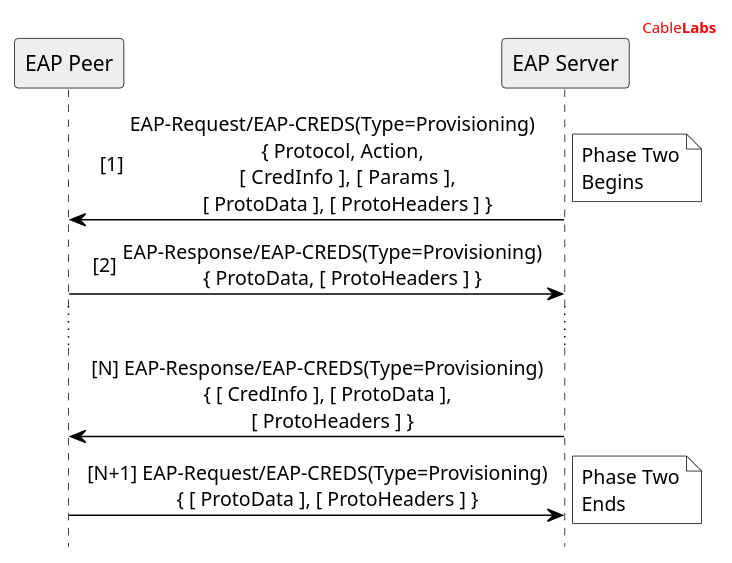
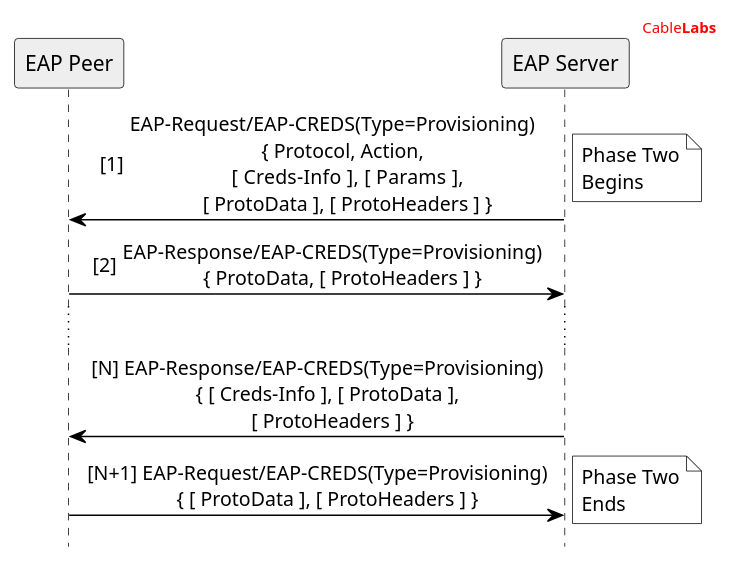
Before and after one commit to openca/eap-creds: the diagram in Extras/UML/EAP-CREDS Phase Two Flow.puml, drawn with PlantUML. The commit also changed 56 other files, not shown here.

```diff
--- a/Extras/UML/EAP-CREDS Phase Two Flow.puml
+++ b/Extras/UML/EAP-CREDS Phase Two Flow.puml
@@ -2,45 +2,45 @@
 @startuml
 
 '' header information
 header
 <font color="red">Cable<b>Labs</b></font>
 endheader
 
 '' Use this to hide the foot boxes
 hide footbox
 
 skinparam sequenceMessageAlign center
 skinparam NoteBorderColor black
 '' skinparam BackgroundColor #ddd
 
 skinparam sequence {
 	borderColor black
 	ArrowColor black
 	ActorBorderColor black
 	ParticipantBorderColor black
 	LifeLineBorderColor black
 	LifeLineBackgroundColor white
 }
 
 '' Participants Declaration
 Participant "EAP Peer" as P #eee
 Participant "EAP Server" as S #eee
 
 autonumber 1 "[##]"
 
-S->P: EAP-Request/EAP-CREDS(Type=Provisioning)\n    { Protocol, Action,\n      [ CredInfo  ], [ Params ],\n      [ ProtoData ], [ ProtoHeaders ] }
+S->P: EAP-Request/EAP-CREDS(Type=Provisioning)\n    { Protocol, Action,\n      [ Creds-Info  ], [ Params ],\n      [ ProtoData ], [ ProtoHeaders ] }
 note right #fff: Phase Two\nBegins
 
 P->S: EAP-Response/EAP-CREDS(Type=Provisioning)\n    { ProtoData, [ ProtoHeaders ] }
 
 autonumber stop
 
 ...
 
-S->P: [N] EAP-Response/EAP-CREDS(Type=Provisioning)\n    { [ CredInfo ], [ ProtoData ],\n      [ ProtoHeaders ] }
+S->P: [N] EAP-Response/EAP-CREDS(Type=Provisioning)\n    { [ Creds-Info ], [ ProtoData ],\n      [ ProtoHeaders ] }
 
 P->S: [N+1] EAP-Request/EAP-CREDS(Type=Provisioning)\n    { [ ProtoData ], [ ProtoHeaders ] }
 note right #fff: Phase Two\nEnds
 
 
 @enduml
```
